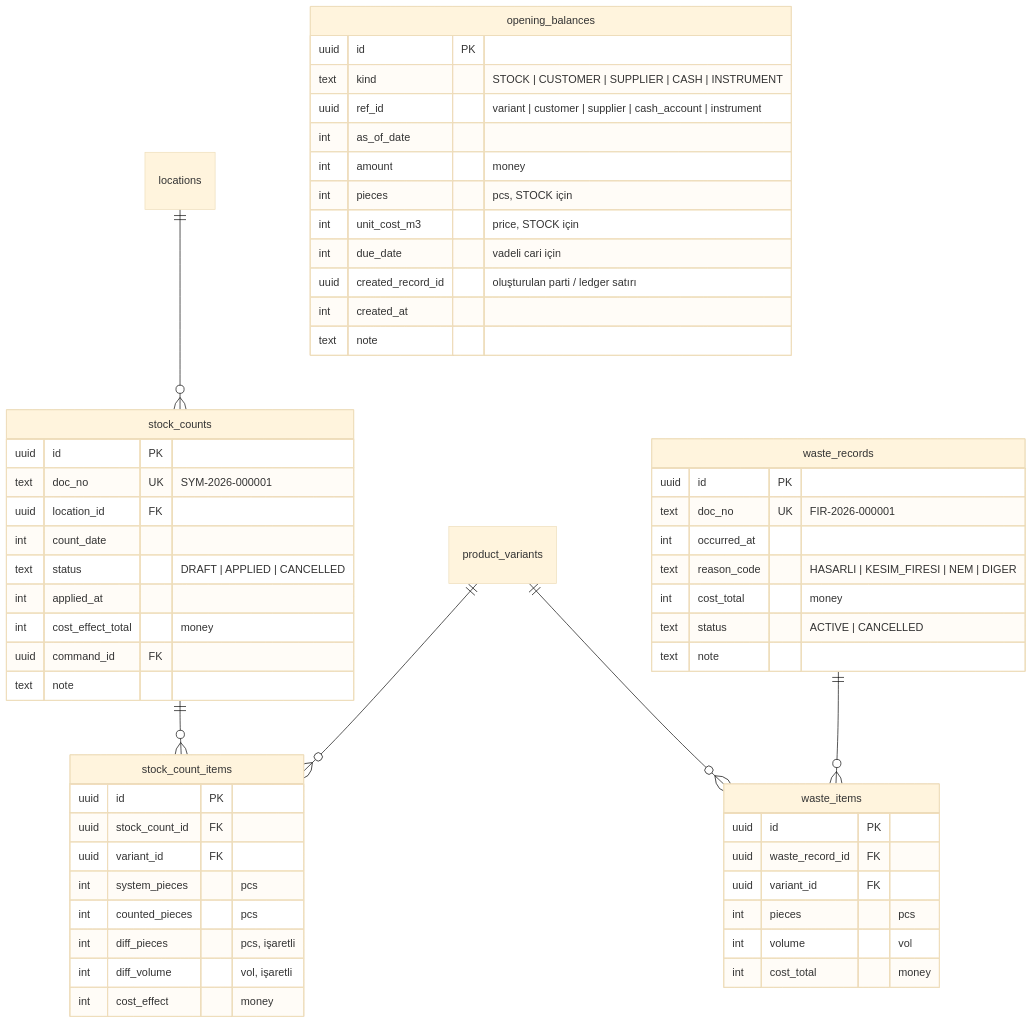
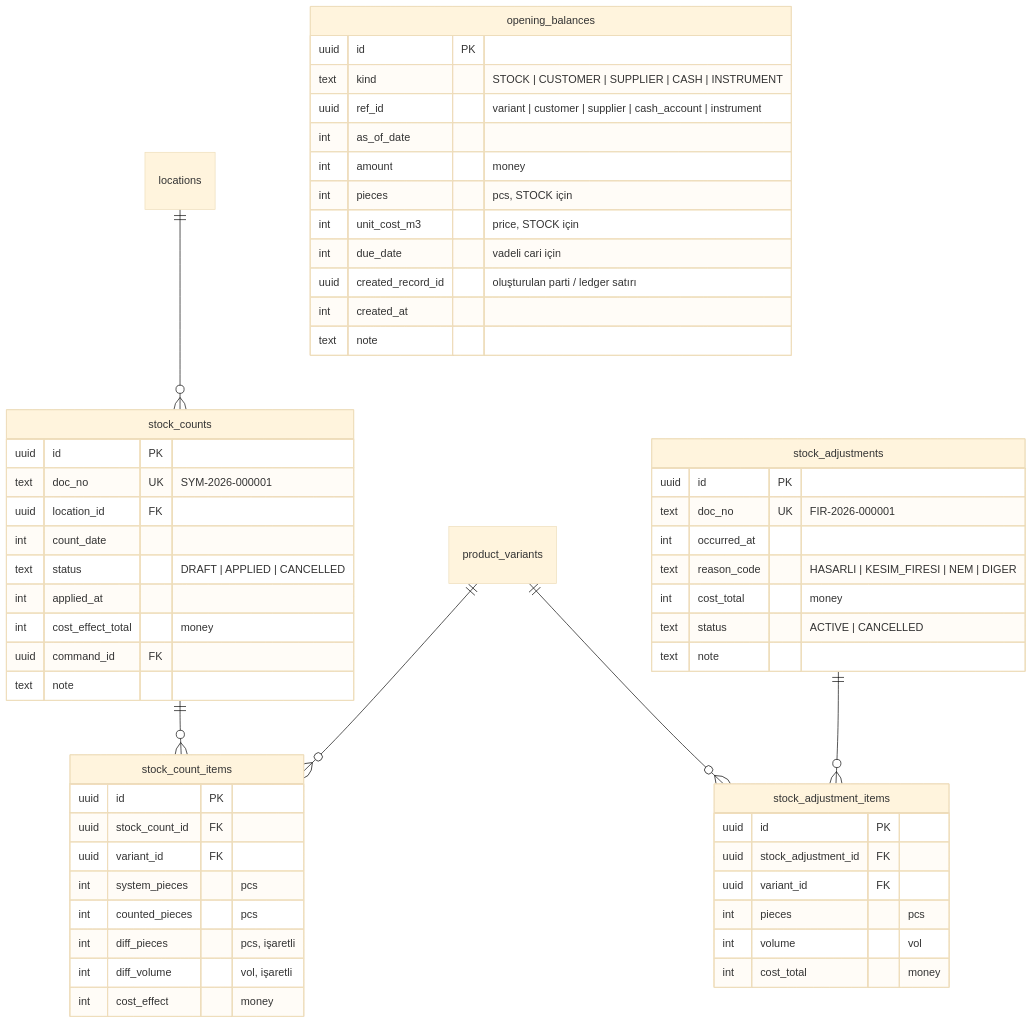
Diagram 13 of 14 in docs/ERD.md (Elektron666/sungerbob), drawn with Mermaid (base theme) before and after one commit. The commit also changed other lines of this file and 2 other files, not shown here.

````diff
--- a/docs/ERD.md
+++ b/docs/ERD.md
@@ -943,60 +1003,60 @@
 ```mermaid
 erDiagram
     locations ||--o{ stock_counts : ""
     stock_counts ||--o{ stock_count_items : ""
     product_variants ||--o{ stock_count_items : ""
-    waste_records ||--o{ waste_items : ""
-    product_variants ||--o{ waste_items : ""
+    stock_adjustments ||--o{ stock_adjustment_items : ""
+    product_variants ||--o{ stock_adjustment_items : ""
 
     stock_counts {
         uuid id PK
         text doc_no UK "SYM-2026-000001"
         uuid location_id FK
         int count_date
         text status "DRAFT | APPLIED | CANCELLED"
         int applied_at
         int cost_effect_total "money"
         uuid command_id FK
         text note
     }
     stock_count_items {
         uuid id PK
         uuid stock_count_id FK
         uuid variant_id FK
         int system_pieces "pcs"
         int counted_pieces "pcs"
         int diff_pieces "pcs, işaretli"
         int diff_volume "vol, işaretli"
         int cost_effect "money"
     }
-    waste_records {
+    stock_adjustments {
         uuid id PK
         text doc_no UK "FIR-2026-000001"
         int occurred_at
         text reason_code "HASARLI | KESIM_FIRESI | NEM | DIGER"
         int cost_total "money"
         text status "ACTIVE | CANCELLED"
         text note
     }
-    waste_items {
+    stock_adjustment_items {
         uuid id PK
-        uuid waste_record_id FK
+        uuid stock_adjustment_id FK
         uuid variant_id FK
         int pieces "pcs"
         int volume "vol"
         int cost_total "money"
     }
     opening_balances {
         uuid id PK
         text kind "STOCK | CUSTOMER | SUPPLIER | CASH | INSTRUMENT"
         uuid ref_id "variant | customer | supplier | cash_account | instrument"
         int as_of_date
         int amount "money"
         int pieces "pcs, STOCK için"
         int unit_cost_m3 "price, STOCK için"
         int due_date "vadeli cari için"
         uuid created_record_id "oluşturulan parti / ledger satırı"
         int created_at
         text note
     }
 ```
````
